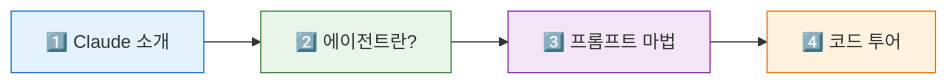
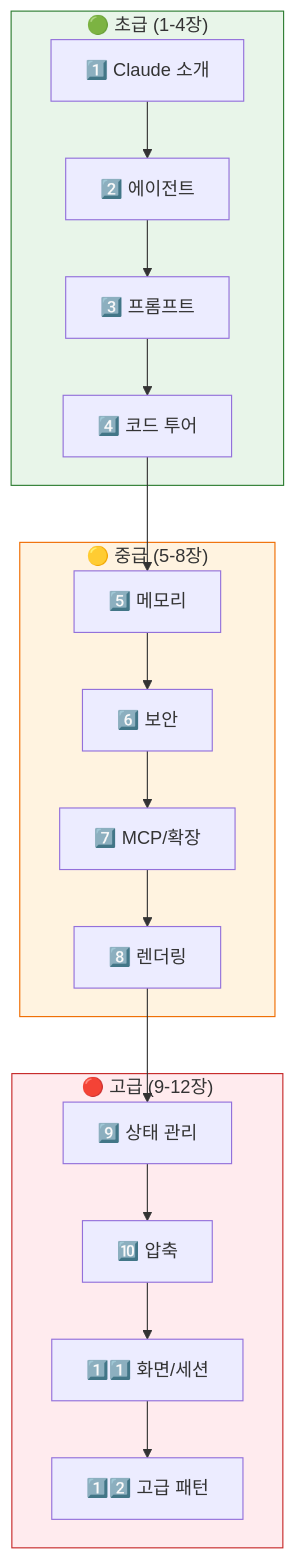
One commit to leaf-kit/claude-analysis changed the diagram in tutorial/README.md. Above: the diagram before and after it, drawn with Mermaid. The commit also changed other lines of this file and 9 other files, not shown here.

````diff
--- a/tutorial/README.md
+++ b/tutorial/README.md
@@ -17,11 +15,25 @@
 ```mermaid
-graph LR
-    A["1️⃣ Claude 소개"] --> B["2️⃣ 에이전트란?"]
-    B --> C["3️⃣ 프롬프트 마법"]
-    C --> D["4️⃣ 코드 투어"]
+graph TD
+    subgraph 초급["🟢 초급 (1-4장)"]
+        A["1️⃣ Claude 소개"] --> B["2️⃣ 에이전트"]
+        B --> C["3️⃣ 프롬프트"]
+        C --> D["4️⃣ 코드 투어"]
+    end
+    subgraph 중급["🟡 중급 (5-8장)"]
+        E["5️⃣ 메모리"] --> F["6️⃣ 보안"]
+        F --> G["7️⃣ MCP/확장"]
+        G --> H["8️⃣ 렌더링"]
+    end
+    subgraph 고급["🔴 고급 (9-12장)"]
+        I["9️⃣ 상태 관리"] --> J["🔟 압축"]
+        J --> K["1️⃣1️⃣ 화면/세션"]
+        K --> L["1️⃣2️⃣ 고급 패턴"]
+    end
 
-    style A fill:#e3f2fd,stroke:#1565c0
-    style B fill:#e8f5e9,stroke:#2e7d32
-    style C fill:#f3e5f5,stroke:#7b1fa2
-    style D fill:#fff3e0,stroke:#ef6c00
+    D --> E
+    H --> I
+
+    style 초급 fill:#e8f5e9,stroke:#2e7d32
+    style 중급 fill:#fff3e0,stroke:#ef6c00
+    style 고급 fill:#ffebee,stroke:#c62828
 ```
````
